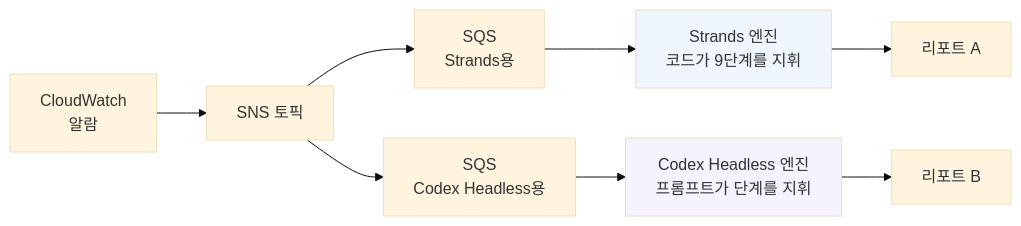
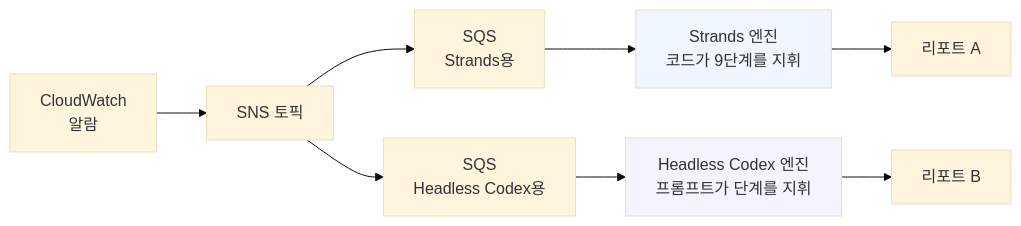
The second of 13 diagrams in docs/how-it-works.md (haandol/rca-agent), drawn with Mermaid (base theme) before and after one commit. The commit also changed 300 other files, not shown here.

Commit message:
feat(headless-codex): rename engine and preserve legacy reads

````diff
--- a/docs/how-it-works.md
+++ b/docs/how-it-works.md
@@ -78,13 +78,13 @@
 ```mermaid
 flowchart LR
     CW["CloudWatch<br/>알람"] --> SNS["SNS 토픽"]
     SNS --> Q1["SQS<br/>Strands용"]
-    SNS --> Q2["SQS<br/>Codex Headless용"]
+    SNS --> Q2["SQS<br/>Headless Codex용"]
     Q1 --> E1["Strands 엔진<br/>코드가 9단계를 지휘"]
-    Q2 --> E2["Codex Headless 엔진<br/>프롬프트가 단계를 지휘"]
+    Q2 --> E2["Headless Codex 엔진<br/>프롬프트가 단계를 지휘"]
     E1 --> R1["리포트 A"]
     E2 --> R2["리포트 B"]
 
     style E1 fill:#eff6ff
     style E2 fill:#f5f3ff
 ```
````
